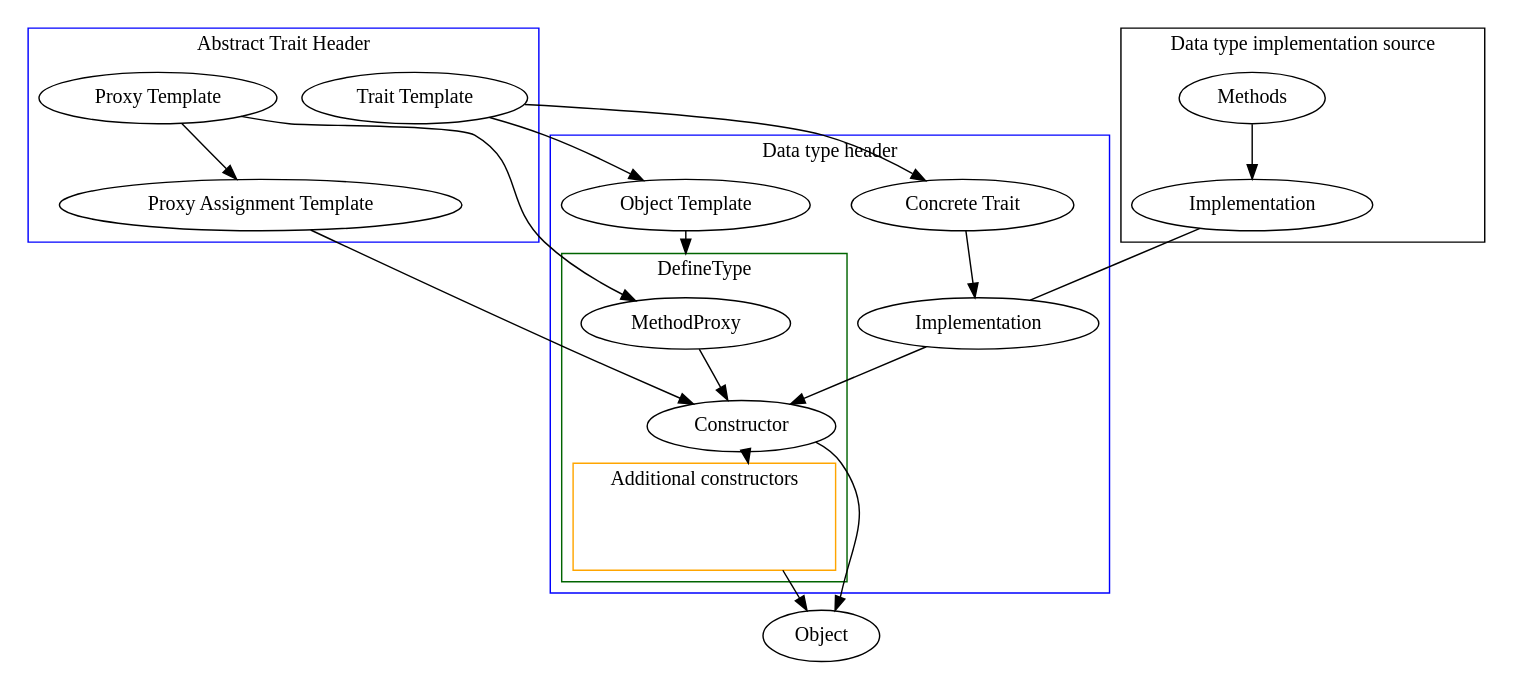
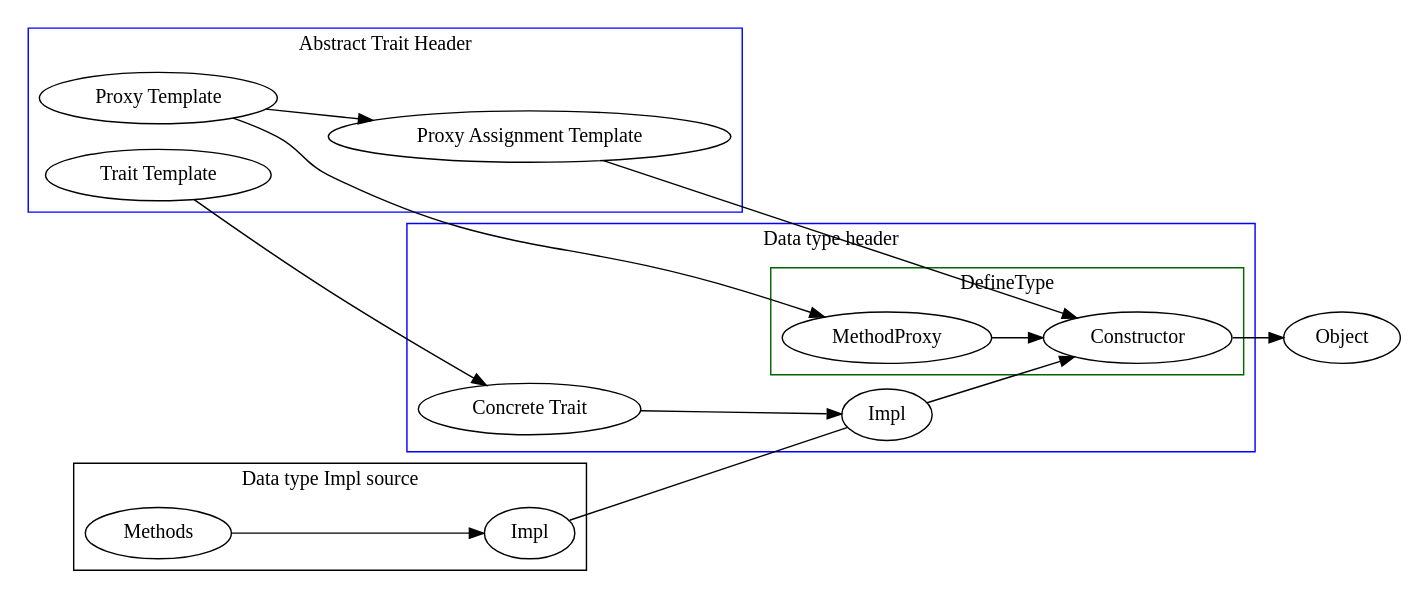
One commit to FabricatorZayac/generi.c changed the diagram in README.org. Above: the diagram before and after it, drawn with Graphviz. The commit also changed 5 other files, not shown here.

Commit message:
Simplified architecture

```diff
--- a/README.org
+++ b/README.org
@@ -7,47 +7,44 @@
 #+begin_src dot :file architecture.png :exports results
 digraph {
+    rankdir="LR"
     compound=true
     subgraph cluster_0 {
+        rank="same"
         label="Abstract Trait Header"
         color=blue
-        "Trait Template"
         "Proxy Template"
         "Proxy Assignment Template"
+        "Trait Template"
     }
     subgraph cluster_3 {
+        rank="same"
         label="Data type header"
         color=blue
         subgraph cluster_1 {
             label=DefineType
             color=darkgreen
-            "MethodProxy"
-            "Constructor"
-            subgraph cluster_2 {
-                label="Additional constructors"
-                color=orange
-                C [style=invis]
-            }
+            MethodProxy
+            Constructor
         }
         "Concrete Trait"
-        "Object Template"
-        Implementation
+        Impl
     }
     subgraph cluster_4 {
-        label="Data type implementation source"
+        rank="same"
+        label="Data type Impl source"
         Methods
-        "extern Implementation"
+        "extern Impl"
     }
     subgraph A {
         edge [dir=none]
-        "extern Implementation" -> Implementation
+        "extern Impl" -> Impl
     }
-    "extern Implementation" [label=Implementation]
-    Methods -> "extern Implementation"
-    "Proxy Template" -> {"MethodProxy", "Proxy Assignment Template"}
-    "Trait Template" -> { "Concrete Trait", "Object Template" }
-    "Concrete Trait" -> Implementation
-    "Object Template" -> "MethodProxy" [lhead=cluster_1]
-    { "MethodProxy", "Proxy Assignment Template", Implementation } -> Constructor -> C [lhead=cluster_2]
-    { Constructor, C } -> Object [ltail=cluster_2]
+    "extern Impl" [label=Impl]
+    Methods -> "extern Impl"
+    "Proxy Template" -> {"Proxy Assignment Template", MethodProxy}
+    "Trait Template" -> "Concrete Trait"
+    "Concrete Trait" -> Impl
+    { "MethodProxy", "Proxy Assignment Template", Impl } -> Constructor
+    Constructor -> Object [ltail=cluster_2]
 }
 #+end_src
```
